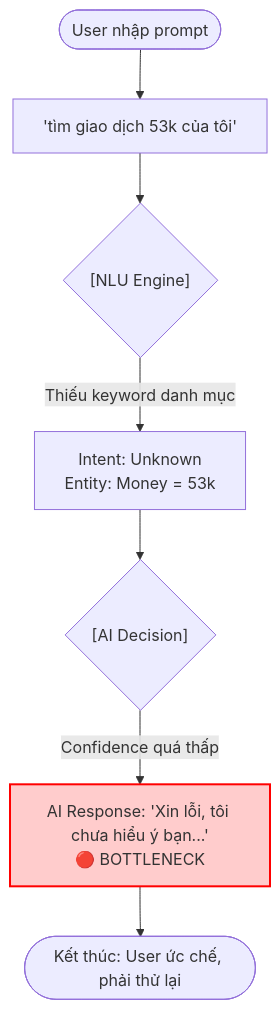
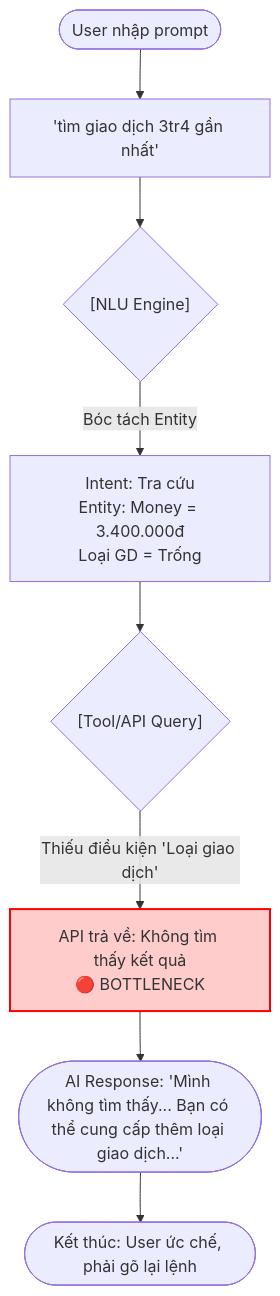
One commit to hoanganhnth/Day06-2A202600631-phamhoanganh changed the first of 2 diagrams in 01-invidual-workshop/app-teardown.md. Above: the diagram before and after it, drawn with Mermaid. The commit also changed other lines of this file and 2 other files, not shown here.

````diff
--- a/01-invidual-workshop/app-teardown.md
+++ b/01-invidual-workshop/app-teardown.md
@@ -45,11 +46,12 @@
 ```mermaid
 graph TD
-    A([User nhập prompt]) --> B["'tìm giao dịch 53k của tôi'"]
+    A([User nhập prompt]) --> B["'tìm giao dịch 3tr4 gần nhất'"]
     B --> C{"[NLU Engine]"}
-    C -->|Thiếu keyword danh mục| D["Intent: Unknown<br/>Entity: Money = 53k"]
-    D --> E{"[AI Decision]"}
-    E -->|Confidence quá thấp| F["AI Response: 'Xin lỗi, tôi chưa hiểu ý bạn...'<br/>🔴 BOTTLENECK"]
-    F --> G([Kết thúc: User ức chế, phải thử lại])
+    C -->|Bóc tách Entity| D["Intent: Tra cứu<br/>Entity: Money = 3.400.000đ<br/>Loại GD = Trống"]
+    D --> E{"[Tool/API Query]"}
+    E -->|Thiếu điều kiện 'Loại giao dịch'| F["API trả về: Không tìm thấy kết quả<br/>🔴 BOTTLENECK"]
+    F --> G([AI Response: 'Mình không tìm thấy... Bạn có thể cung cấp thêm loại giao dịch...'])
+    G --> H([Kết thúc: User ức chế, phải gõ lại lệnh])
 
     style F fill:#ffcccc,stroke:#ff0000,stroke-width:2px
 ```
````
